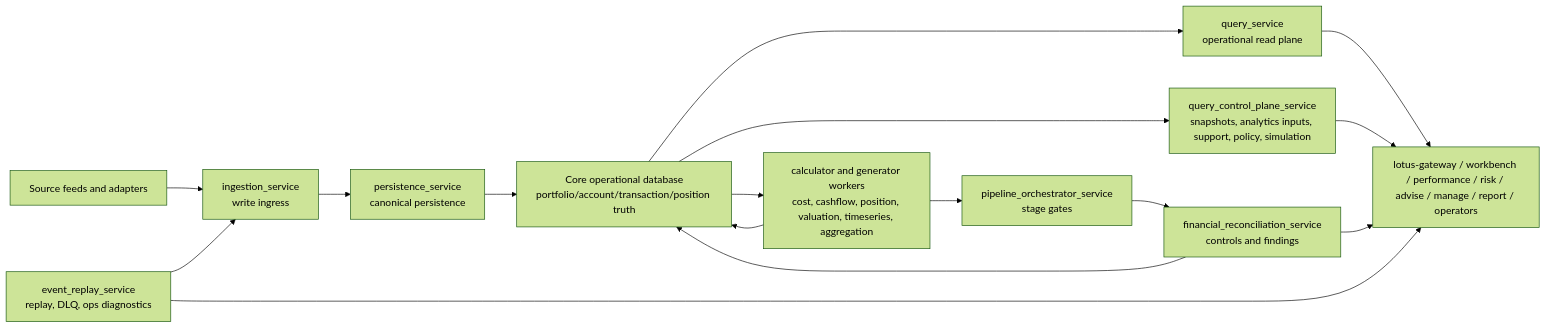
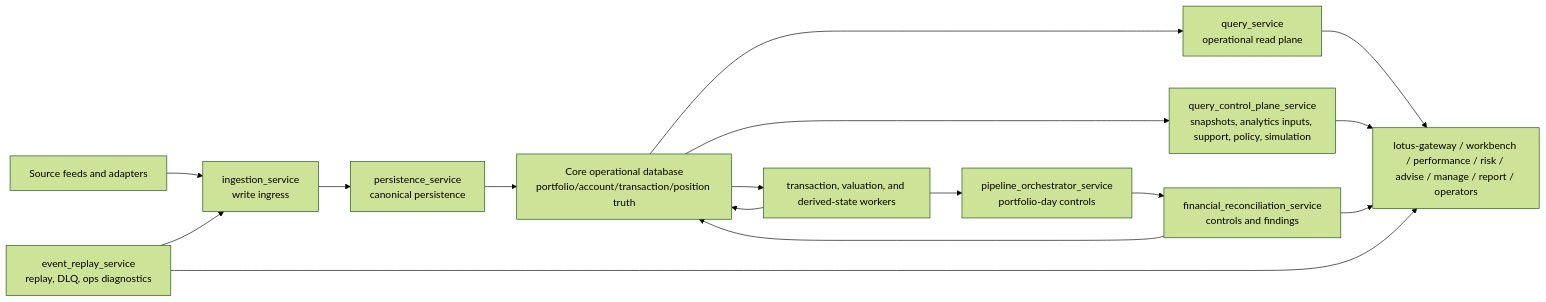
Before and after one commit to sgajbi/lotus-core: the first of 3 diagrams in docs/architecture/current-state-architecture-map.md, drawn with Mermaid (forest theme). The commit also changed other lines of this file and 10 other files, not shown here.

Commit message:
docs(architecture): record pipeline readiness retirement

````diff
--- a/docs/architecture/current-state-architecture-map.md
+++ b/docs/architecture/current-state-architecture-map.md
@@ -32,30 +32,30 @@
 ```mermaid
 flowchart LR
     SourceFeeds["Source feeds and adapters"]
     Ingestion["ingestion_service<br/>write ingress"]
     Persistence["persistence_service<br/>canonical persistence"]
     Store["Core operational database<br/>portfolio/account/transaction/position truth"]
-    Pipeline["pipeline_orchestrator_service<br/>stage gates"]
-    Calculators["calculator and generator workers<br/>cost, cashflow, position, valuation, timeseries, aggregation"]
+    Pipeline["pipeline_orchestrator_service<br/>portfolio-day controls"]
+    Calculators["transaction, valuation, and derived-state workers"]
     Reconciliation["financial_reconciliation_service<br/>controls and findings"]
     Replay["event_replay_service<br/>replay, DLQ, ops diagnostics"]
     Query["query_service<br/>operational read plane"]
     Qcp["query_control_plane_service<br/>snapshots, analytics inputs, support, policy, simulation"]
     Consumers["lotus-gateway / workbench / performance / risk / advise / manage / report / operators"]
 
     SourceFeeds --> Ingestion
     Ingestion --> Persistence
     Persistence --> Store
     Store --> Calculators
     Calculators --> Store
     Calculators --> Pipeline
     Pipeline --> Reconciliation
     Reconciliation --> Store
     Store --> Query
     Store --> Qcp
     Replay --> Ingestion
     Query --> Consumers
     Qcp --> Consumers
     Reconciliation --> Consumers
     Replay --> Consumers
 ```
````
